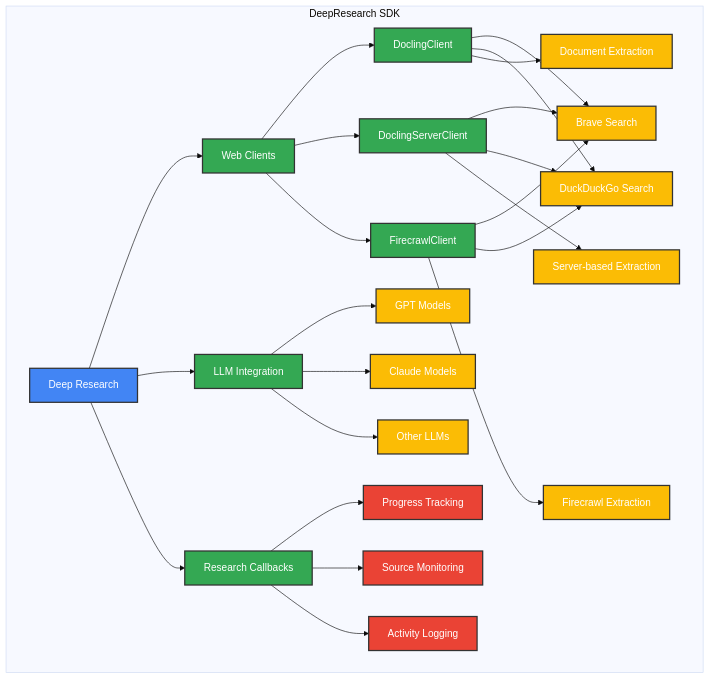
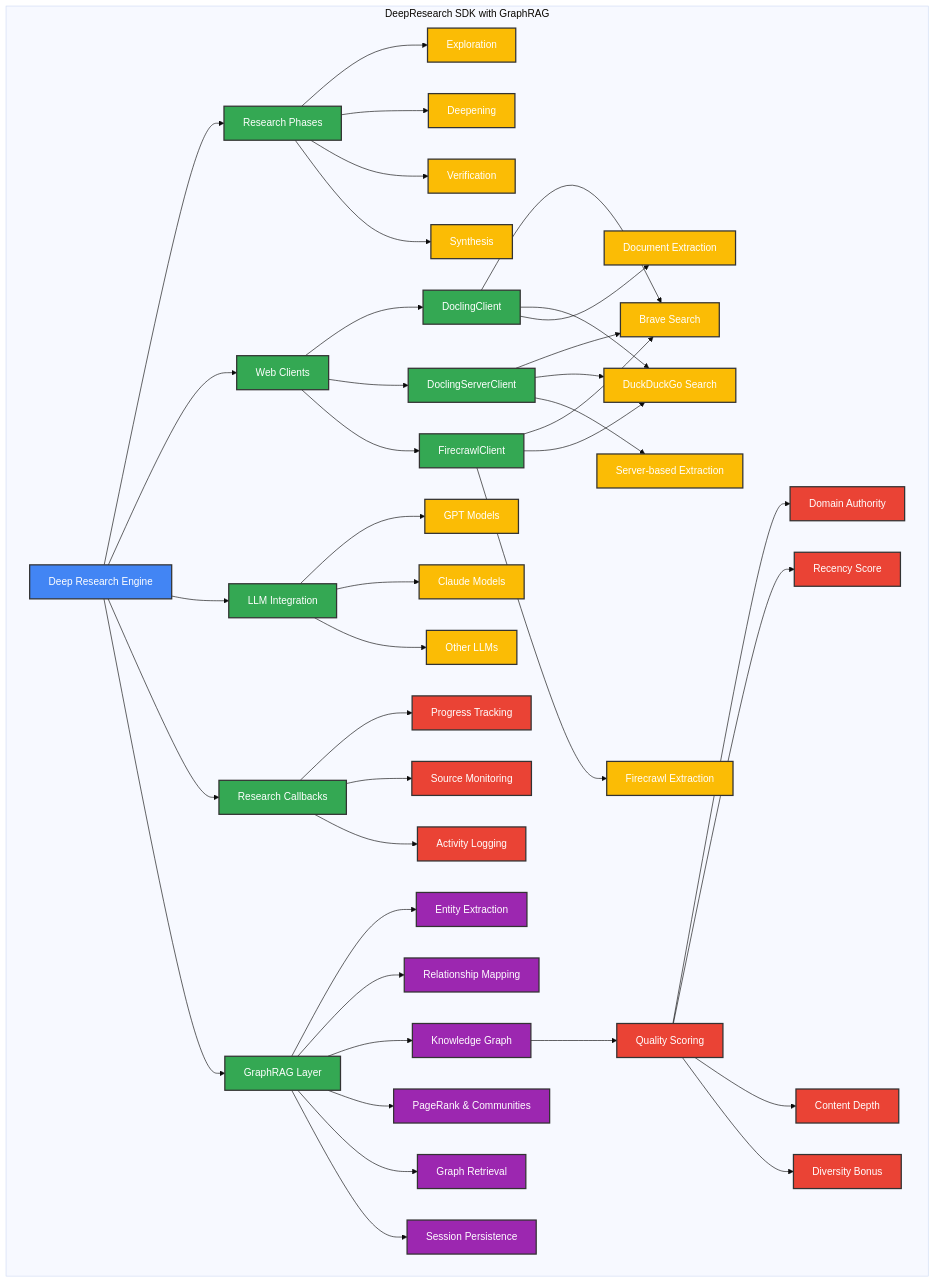
Before and after one commit to Rishang/deep-research: the first of 3 diagrams in README.md, drawn with Mermaid (base theme). The commit also changed other lines of this file and 11 other files, not shown here.

````diff
--- a/README.md
+++ b/README.md
@@ -24,43 +37,67 @@
 ```mermaid
 graph TD
-    subgraph "DeepResearch SDK"
-        A[Deep Research] --> W[Web Clients]
+    subgraph "DeepResearch SDK with GraphRAG"
+        A[Deep Research Engine] --> RP[Research Phases]
+        A --> W[Web Clients]
         A --> C[LLM Integration]
         A --> D[Research Callbacks]
+        A --> KG[GraphRAG Layer]
+
+        RP --> RP1[Exploration]
+        RP --> RP2[Deepening]
+        RP --> RP3[Verification]
+        RP --> RP4[Synthesis]
 
         W --> B1[DoclingClient]
         W --> B2[DoclingServerClient]
         W --> B3[FirecrawlClient]
 
         B1 --> E[Brave Search]
         B1 --> F[DuckDuckGo Search]
         B1 --> G[Document Extraction]
 
         B2 --> E
         B2 --> F
         B2 --> G2[Server-based Extraction]
 
         B3 --> E
         B3 --> F
         B3 --> G3[Firecrawl Extraction]
 
         C --> H[GPT Models]
         C --> I[Claude Models]
         C --> J[Other LLMs]
 
         D --> K[Progress Tracking]
         D --> L[Source Monitoring]
         D --> M[Activity Logging]
+
+        KG --> KG1[Entity Extraction]
+        KG --> KG2[Relationship Mapping]
+        KG --> KG3[Knowledge Graph]
+        KG --> KG4[PageRank & Communities]
+        KG --> KG5[Graph Retrieval]
+        KG --> KG6[Session Persistence]
+
+        KG3 --> QS[Quality Scoring]
+        QS --> QS1[Domain Authority]
+        QS --> QS2[Recency Score]
+        QS --> QS3[Content Depth]
+        QS --> QS4[Diversity Bonus]
     end
 
     classDef primary fill:#4285F4,stroke:#333,stroke-width:2px,color:white
     classDef secondary fill:#34A853,stroke:#333,stroke-width:2px,color:white
     classDef tertiary fill:#FBBC05,stroke:#333,stroke-width:2px,color:white
     classDef quaternary fill:#EA4335,stroke:#333,stroke-width:2px,color:white
+    classDef graphrag fill:#9C27B0,stroke:#333,stroke-width:2px,color:white
 
     class A primary
-    class W,C,D secondary
+    class RP,W,C,D,KG secondary
+    class RP1,RP2,RP3,RP4 tertiary
     class B1,B2,B3 secondary
     class E,F,G,G2,G3,H,I,J tertiary
     class K,L,M quaternary
+    class KG1,KG2,KG3,KG4,KG5,KG6 graphrag
+    class QS,QS1,QS2,QS3,QS4 quaternary
 ```
````
